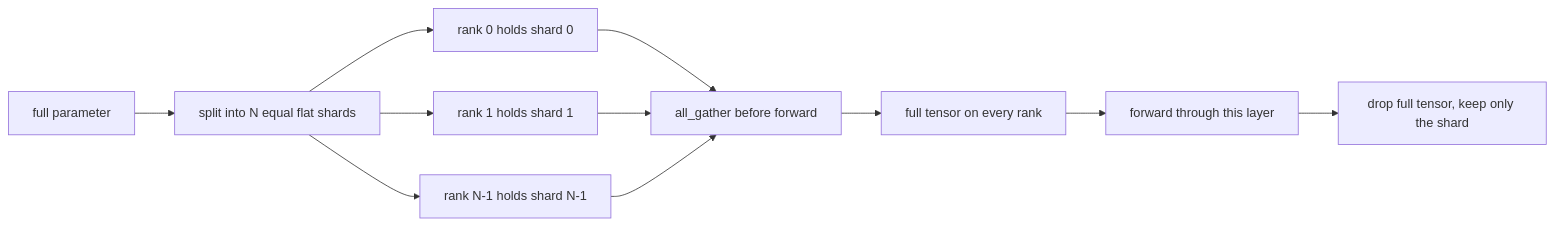
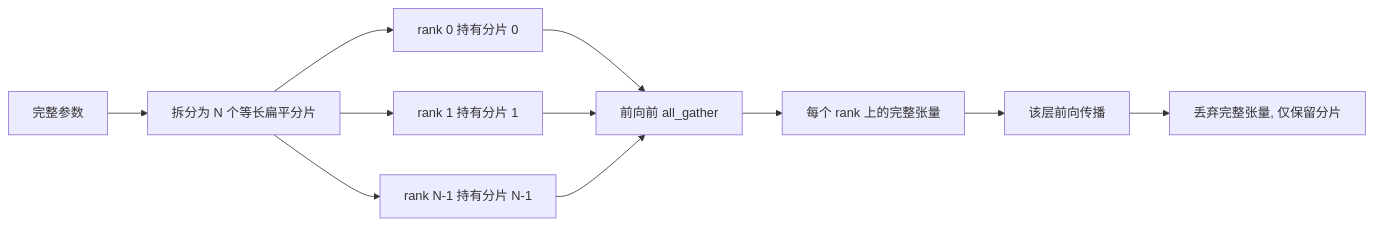
The second of 2 diagrams in phases/19-capstone-projects/48-distributed-fsdp-ddp/docs/zh.md (alessandrodinisio-ai/ai-engineering-learning-framework), drawn with Mermaid before and after one commit. The commit also changed other lines of this file and 120 other files, not shown here.

First line of the commit message:
i18n(mermaid): 337 个 mermaid 图表标签中文化

````diff
--- a/phases/19-capstone-projects/48-distributed-fsdp-ddp/docs/zh.md
+++ b/phases/19-capstone-projects/48-distributed-fsdp-ddp/docs/zh.md
@@ -57,13 +57,13 @@
 ```mermaid
 flowchart LR
-  param[full parameter] --> split[split into N equal flat shards]
-  split --> r0[rank 0 holds shard 0]
-  split --> r1[rank 1 holds shard 1]
-  split --> rN[rank N-1 holds shard N-1]
-  r0 --> gather[all_gather before forward]
+  param[完整参数] --> split[拆分为 N 个等长扁平分片]
+  split --> r0[rank 0 持有分片 0]
+  split --> r1[rank 1 持有分片 1]
+  split --> rN[rank N-1 持有分片 N-1]
+  r0 --> gather[前向前 all_gather]
   r1 --> gather
   rN --> gather
-  gather --> full[full tensor on every rank]
-  full --> fwd[forward through this layer]
-  fwd --> drop[drop full tensor, keep only the shard]
+  gather --> full[每个 rank 上的完整张量]
+  full --> fwd[该层前向传播]
+  fwd --> drop[丢弃完整张量, 仅保留分片]
 ```
````
